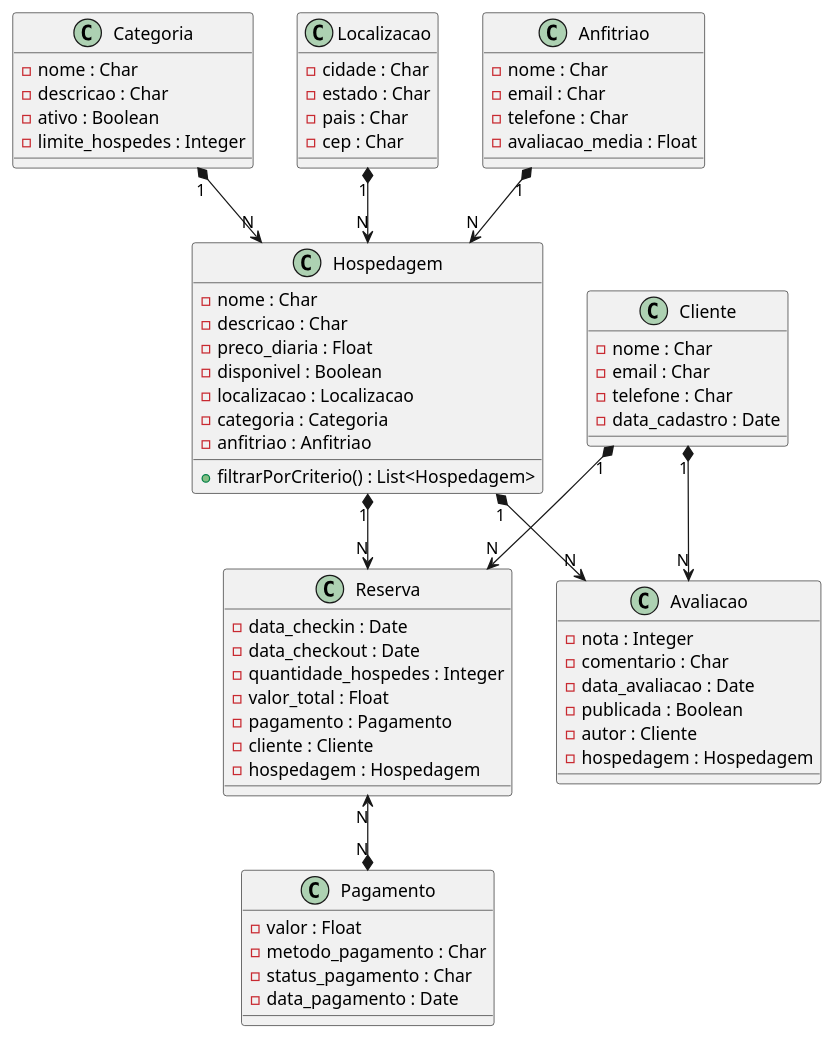
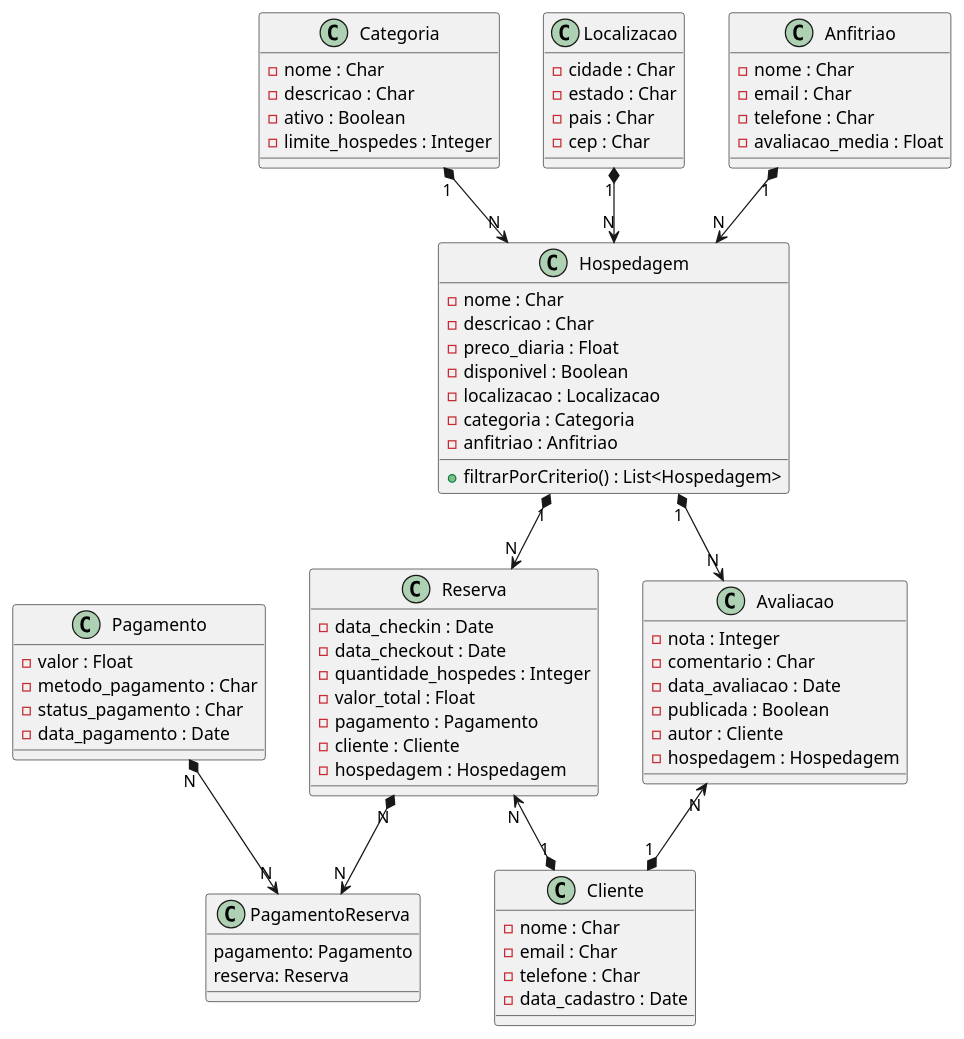
The diagram in plantuml_export.puml (anleaes/2025-2-SDM-Sexta-Manha-ZS-10), drawn with PlantUML before and after one commit.

Commit message:
Modificacao do diagrama de classe

```diff
--- a/plantuml_export.puml
+++ b/plantuml_export.puml
@@ -1,75 +1,81 @@
 @startuml
 class Hospedagem {
   -nome : Char
   -descricao : Char
   -preco_diaria : Float
   -disponivel : Boolean
   -localizacao : Localizacao
   -categoria : Categoria
   -anfitriao : Anfitriao
   +filtrarPorCriterio() : List<Hospedagem>
 }
 
 class Categoria {
   -nome : Char
   -descricao : Char
   -ativo : Boolean
   -limite_hospedes : Integer
 }
 
 class Cliente {
   -nome : Char
   -email : Char
   -telefone : Char
   -data_cadastro : Date
 }
 
 class Reserva {
   -data_checkin : Date
   -data_checkout : Date
   -quantidade_hospedes : Integer
   -valor_total : Float
   -pagamento : Pagamento
   -cliente : Cliente
   -hospedagem : Hospedagem
 }
 
 class Avaliacao {
   -nota : Integer
   -comentario : Char
   -data_avaliacao : Date
   -publicada : Boolean
   -autor : Cliente
   -hospedagem : Hospedagem
 }
 
 class Pagamento {
   -valor : Float
   -metodo_pagamento : Char
   -status_pagamento : Char
   -data_pagamento : Date
 }
 
 class Localizacao {
   -cidade : Char
   -estado : Char
   -pais : Char
   -cep : Char
 }
 
 class Anfitriao {
   -nome : Char
   -email : Char
   -telefone : Char
   -avaliacao_media : Float
 }
 
+class PagamentoReserva{
+pagamento: Pagamento
+reserva: Reserva
+}
+
 Categoria "1" *--> "N" Hospedagem
 Localizacao "1" *--> "N" Hospedagem
 Anfitriao "1" *--> "N" Hospedagem
-Cliente "1" *--> "N" Reserva
-Cliente "1" *--> "N" Avaliacao
+Cliente "1" *-up-> "N" Reserva
+Cliente "1" *-up-> "N" Avaliacao
 Hospedagem "1" *--> "N" Reserva
 Hospedagem "1" *--> "N" Avaliacao
-Reserva "N" <--* "N" Pagamento
+Reserva "N" *--> "N" PagamentoReserva
+Pagamento "N" *--> "N" PagamentoReserva
 @enduml
```
